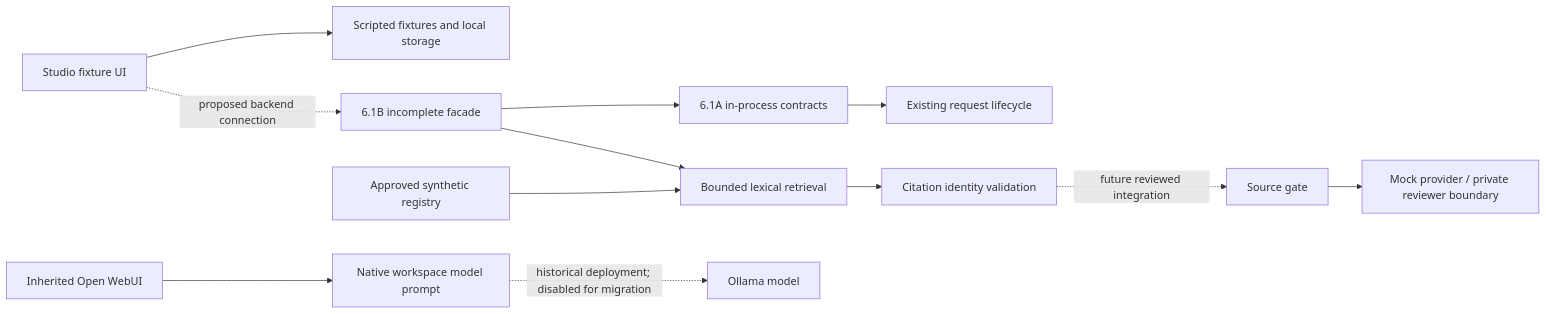
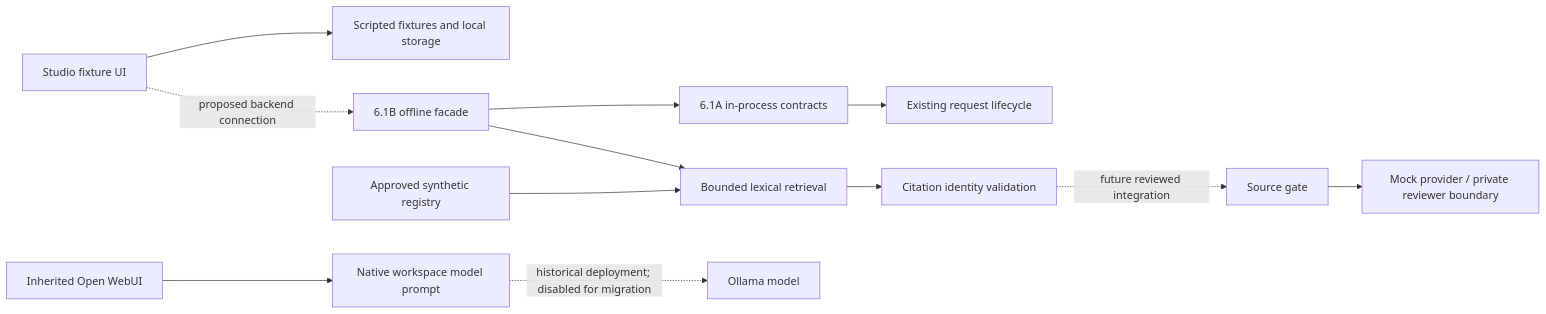
The diagram in docs/moriq-project/SYSTEM-ARCHITECTURE.md (fsyed7/moriq-ai), drawn with Mermaid before and after one commit. The commit also changed other lines of this file and 15 other files, not shown here.

````diff
--- a/docs/moriq-project/SYSTEM-ARCHITECTURE.md
+++ b/docs/moriq-project/SYSTEM-ARCHITECTURE.md
@@ -4,14 +4,14 @@
 ```mermaid
 flowchart LR
   U[Studio fixture UI] --> F[Scripted fixtures and local storage]
   W[Inherited Open WebUI] --> P[Native workspace model prompt]
   P -. historical deployment; disabled for migration .-> M[Ollama model]
   K[Approved synthetic registry] --> R[Bounded lexical retrieval]
   R --> C[Citation identity validation]
   G[Source gate] --> H[Mock provider / private reviewer boundary]
   A[6.1A in-process contracts] --> L[Existing request lifecycle]
-  B[6.1B incomplete facade] --> A
+  B[6.1B offline facade] --> A
   B --> R
   U -. proposed backend connection .-> B
   C -. future reviewed integration .-> G
 ```
````
